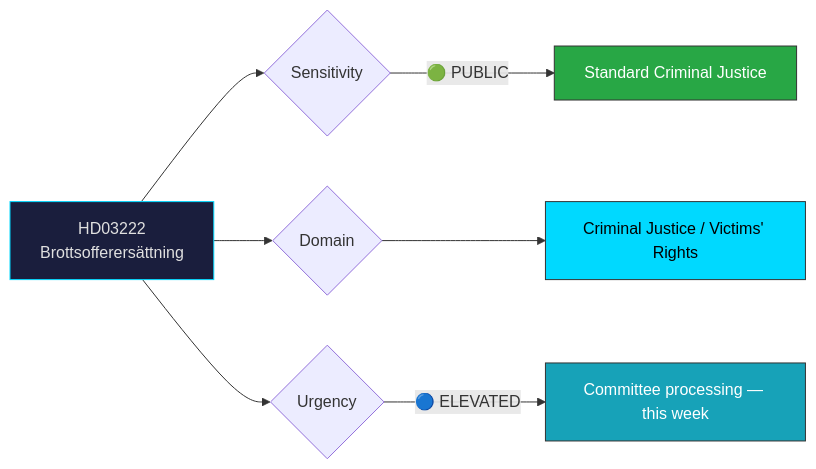
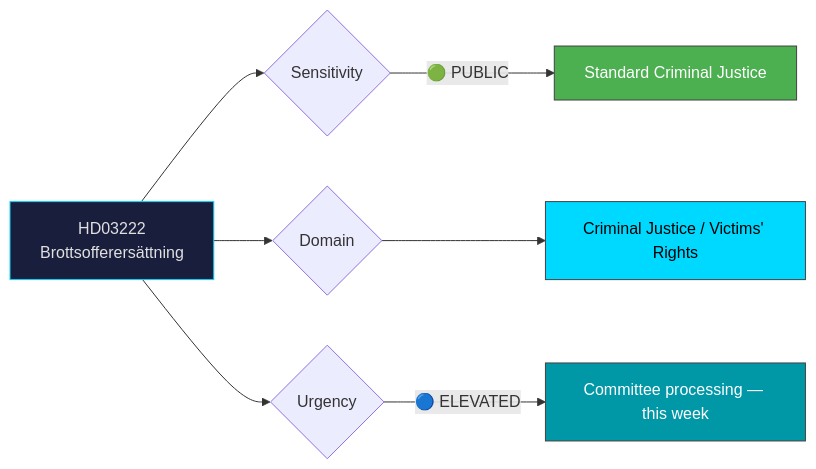
One commit to Hack23/riksdagsmonitor changed the diagram in analysis/daily/2026-03-31/documents/HD03222-analysis.md. Above: the diagram before and after it, drawn with Mermaid. The commit also changed 785 other files, not shown here.

First line of the commit message:
Normalize mermaid colors across 786 analysis artifacts to ISMS Style Guide palette

````diff
--- a/analysis/daily/2026-03-31/documents/HD03222-analysis.md
+++ b/analysis/daily/2026-03-31/documents/HD03222-analysis.md
@@ -26,16 +26,16 @@
 ```mermaid
 graph LR
     A["HD03222<br/>Brottsofferersättning"] --> B{Sensitivity}
     B -->|"🟢 PUBLIC"| E["Standard Criminal Justice"]
 
     A --> G{Domain}
     G --> H["Criminal Justice / Victims' Rights"]
 
     A --> I{Urgency}
     I -->|"🔵 ELEVATED"| L["Committee processing — this week"]
 
     style A fill:#1a1e3d,stroke:#00d9ff,color:#e0e0e0
-    style E fill:#28a745,stroke:#333,color:#fff
-    style H fill:#00d9ff,stroke:#333,color:#000
-    style L fill:#17a2b8,stroke:#333,color:#fff
+    style E fill:#4CAF50,stroke:#424242,color:#FFFFFF
+    style H fill:#00d9ff,stroke:#424242,color:#000000
+    style L fill:#0097A7,stroke:#424242,color:#FFFFFF
 ```
````
